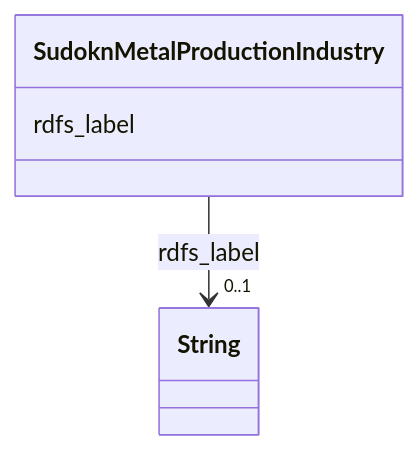
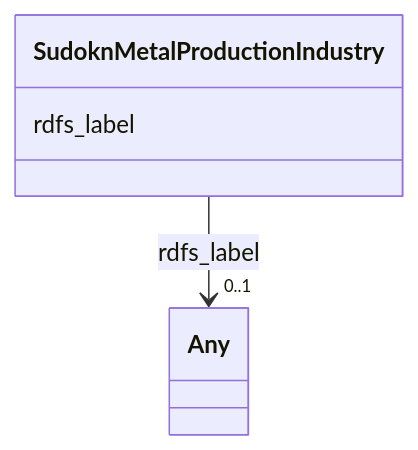
One commit to frink-okn/graph-descriptions changed the diagram in sudokn-kg/classes/SudoknMetalProductionIndustry.md. Above: the diagram before and after it, drawn with Mermaid. The commit also changed other lines of this file and 903 other files, not shown here.

````diff
--- a/sudokn-kg/classes/SudoknMetalProductionIndustry.md
+++ b/sudokn-kg/classes/SudoknMetalProductionIndustry.md
@@ -23,15 +18,15 @@
 ```mermaid
  classDiagram
     class SudoknMetalProductionIndustry
     click SudoknMetalProductionIndustry href "../SudoknMetalProductionIndustry"
       SudoknMetalProductionIndustry : rdfs_label
         
           
     
     
-    SudoknMetalProductionIndustry --> "0..1" String : rdfs_label
-    click String href "../String"
+    SudoknMetalProductionIndustry --> "0..1" Any : rdfs_label
+    click Any href "../Any"
 
         
       
 ```
````
